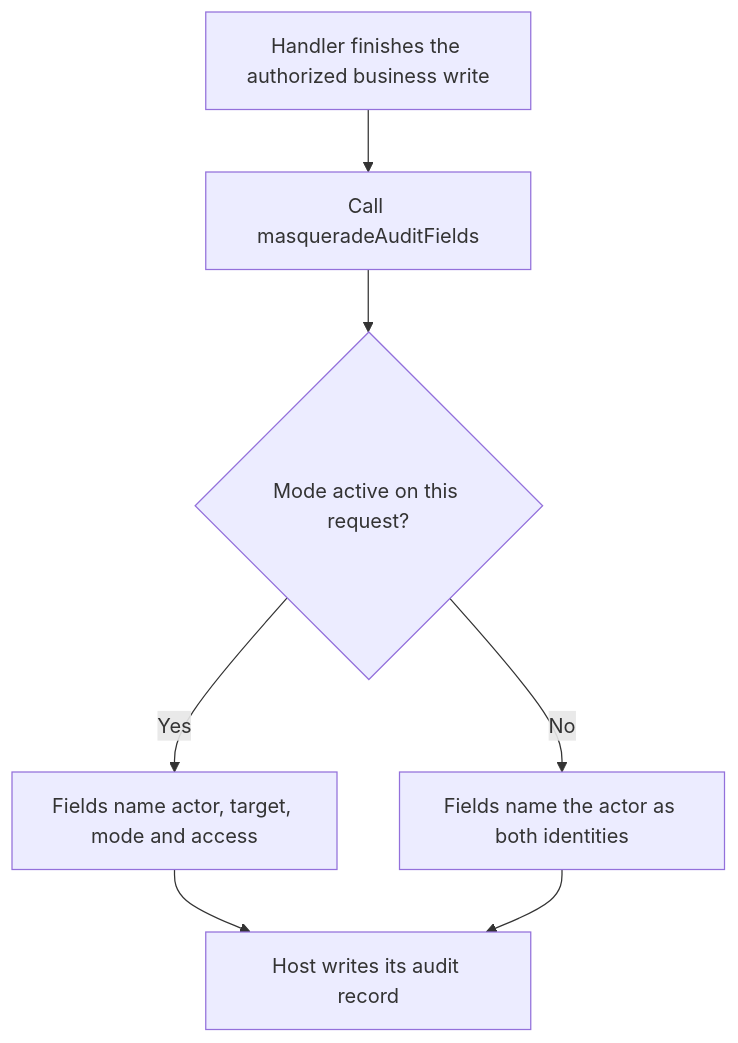
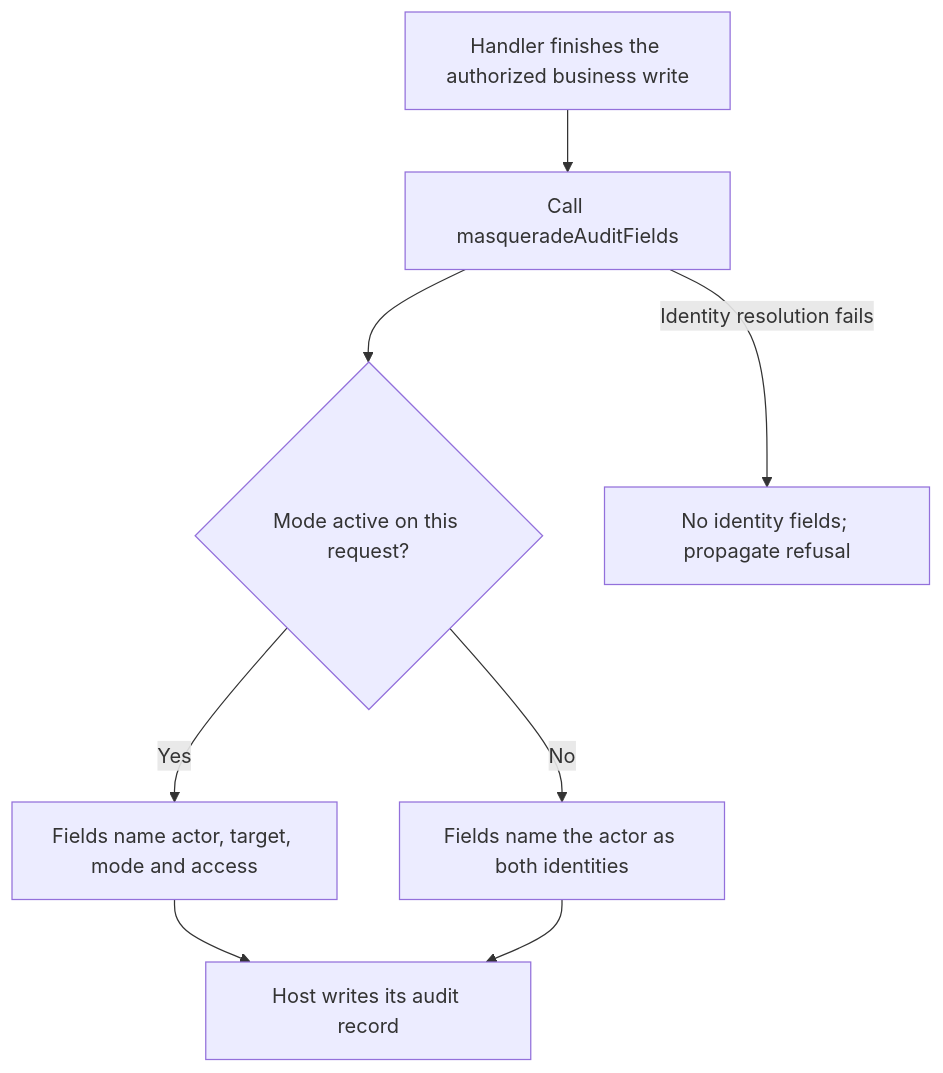
One commit to Kevinjohn/oss-adonisjs-masquerade changed the first of 2 diagrams in user-stories/audit-business-work/us-audit-01-attach-audit-fields.md. Above: the diagram before and after it, drawn with Mermaid. The commit also changed other lines of this file and 26 other files, not shown here.

````diff
--- a/user-stories/audit-business-work/us-audit-01-attach-audit-fields.md
+++ b/user-stories/audit-business-work/us-audit-01-attach-audit-fields.md
@@ -21,9 +22,10 @@
 ```mermaid
 flowchart TD
     A["Handler finishes the authorized business write"] --> B["Call masqueradeAuditFields"]
     B --> C{"Mode active on this request?"}
     C -->|Yes| D["Fields name actor, target, mode and access"]
     C -->|No| E["Fields name the actor as both identities"]
+    B -->|Identity resolution fails| X["No identity fields; propagate refusal"]
     D --> F["Host writes its audit record"]
     E --> F
 ```
````
